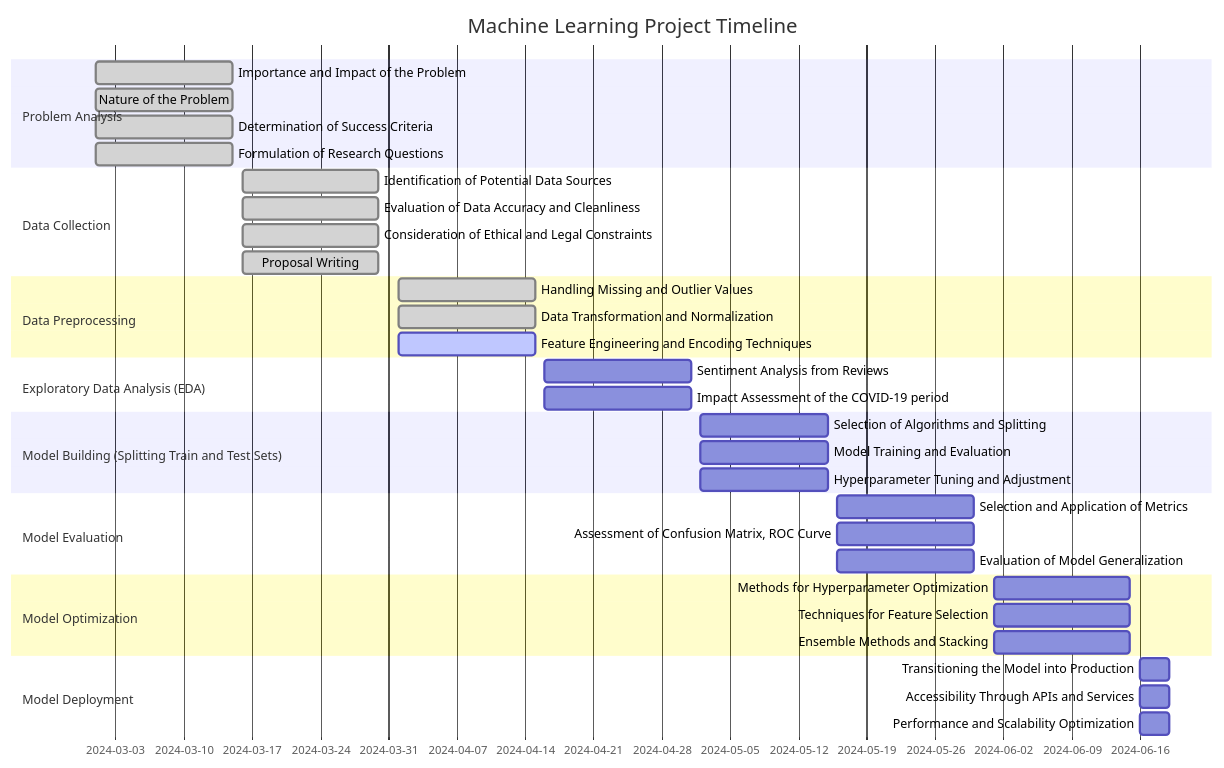
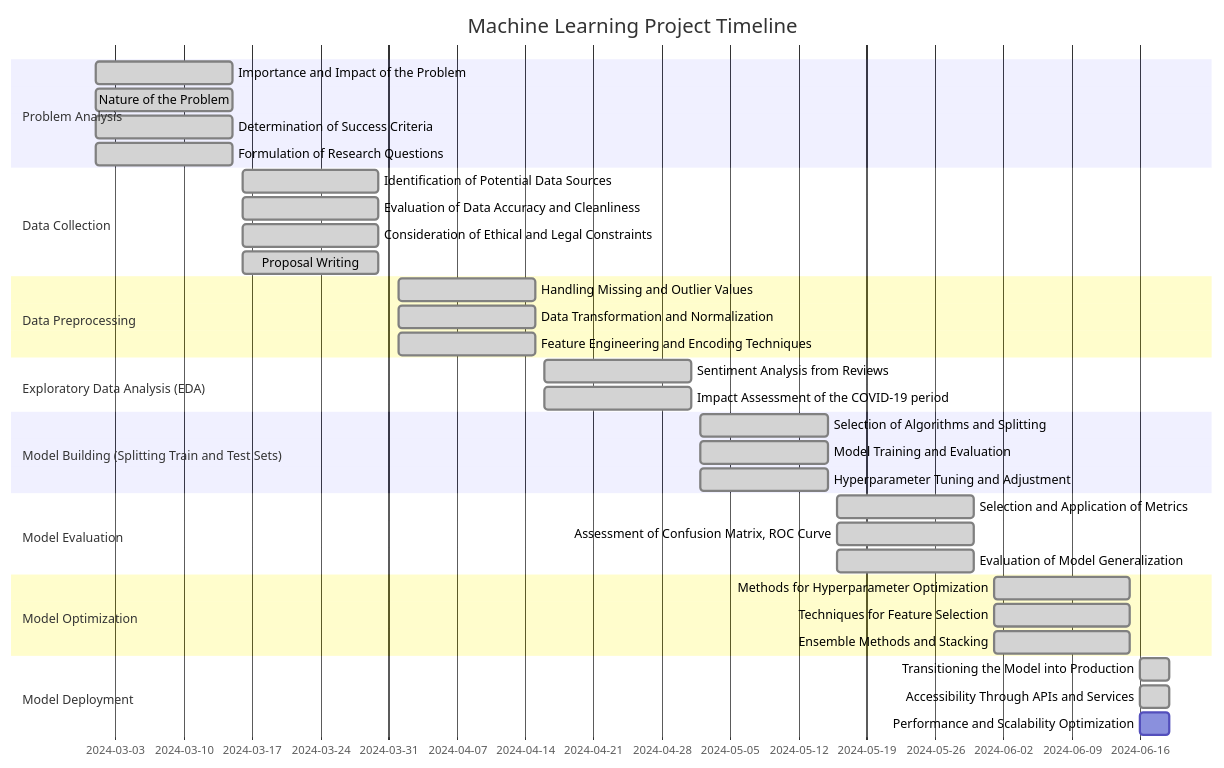
The diagram in README.md (BILGI-IE-423/ie423-2024-termproject-codecharmers), drawn with Mermaid before and after one commit. The commit also changed other lines of this file, not shown here.

````diff
--- a/README.md
+++ b/README.md
@@ -513,47 +522,47 @@
 ```mermaid
 gantt
     title Machine Learning Project Timeline
 
     dateFormat  YYYY-MM-DD
     section Problem Analysis
     Importance and Impact of the Problem        :done,    p1, 2024-03-01, 2024-03-15
     Nature of the Problem                       :done,    p2, 2024-03-01, 2024-03-15
     Determination of Success Criteria           :done,    p3, 2024-03-01, 2024-03-15
     Formulation of Research Questions           :done,    p4, 2024-03-01, 2024-03-15
 
     section Data Collection
     Identification of Potential Data Sources    :done,    d1, 2024-03-16, 2024-03-30
     Evaluation of Data Accuracy and Cleanliness :done,    d2, 2024-03-16, 2024-03-30
     Consideration of Ethical and Legal Constraints :done, d3, 2024-03-16, 2024-03-30
     Proposal Writing                            :done,    d4, 2024-03-16, 2024-03-30
 
     section Data Preprocessing
     Handling Missing and Outlier Values         :done,     dp1, 2024-04-01, 2024-04-15
     Data Transformation and Normalization       :done,     dp2, 2024-04-01, 2024-04-15
-    Feature Engineering and Encoding Techniques :active,   dp3, 2024-04-01, 2024-04-15
+    Feature Engineering and Encoding Techniques :done,   dp3, 2024-04-01, 2024-04-15
 
     section Exploratory Data Analysis (EDA)
-    Sentiment Analysis from Reviews             :         eda1, 2024-04-16, 2024-05-01
-    Impact Assessment of the COVID-19 period    :         eda2, 2024-04-16, 2024-05-01
+    Sentiment Analysis from Reviews             :done,         eda1, 2024-04-16, 2024-05-01
+    Impact Assessment of the COVID-19 period    :done,         eda2, 2024-04-16, 2024-05-01
 
     section Model Building (Splitting Train and Test Sets)
-    Selection of Algorithms and Splitting      :         mb1, 2024-05-02, 2024-05-15
-    Model Training and Evaluation              :         mb2, 2024-05-02, 2024-05-15
-    Hyperparameter Tuning and Adjustment       :         mb3, 2024-05-02, 2024-05-15
+    Selection of Algorithms and Splitting      :done,         mb1, 2024-05-02, 2024-05-15
+    Model Training and Evaluation              :done,         mb2, 2024-05-02, 2024-05-15
+    Hyperparameter Tuning and Adjustment       :done,         mb3, 2024-05-02, 2024-05-15
 
     section Model Evaluation
-    Selection and Application of Metrics       :         me1, 2024-05-16, 2024-05-30
-    Assessment of Confusion Matrix, ROC Curve  :         me2, 2024-05-16, 2024-05-30
-    Evaluation of Model Generalization         :         me3, 2024-05-16, 2024-05-30
+    Selection and Application of Metrics       :done,         me1, 2024-05-16, 2024-05-30
+    Assessment of Confusion Matrix, ROC Curve  :done,         me2, 2024-05-16, 2024-05-30
+    Evaluation of Model Generalization         :done,         me3, 2024-05-16, 2024-05-30
 
     section Model Optimization
-    Methods for Hyperparameter Optimization    :         mo1, 2024-06-01, 2024-06-15
-    Techniques for Feature Selection           :         mo2, 2024-06-01, 2024-06-15
-    Ensemble Methods and Stacking              :         mo3, 2024-06-01, 2024-06-15
+    Methods for Hyperparameter Optimization    :done,         mo1, 2024-06-01, 2024-06-15
+    Techniques for Feature Selection           :done,         mo2, 2024-06-01, 2024-06-15
+    Ensemble Methods and Stacking              :done,         mo3, 2024-06-01, 2024-06-15
 
     section Model Deployment
-    Transitioning the Model into Production   :         md1, 2024-06-16, 2024-06-19
-    Accessibility Through APIs and Services   :         md2, 2024-06-16, 2024-06-19
-    Performance and Scalability Optimization :         md3, 2024-06-16, 2024-06-19
+    Transitioning the Model into Production   :done,         md1, 2024-06-16, 2024-06-19
+    Accessibility Through APIs and Services   :done,         md2, 2024-06-16, 2024-06-19
+    Performance and Scalability Optimization :done         md3, 2024-06-16, 2024-06-19
 
    ```
````
